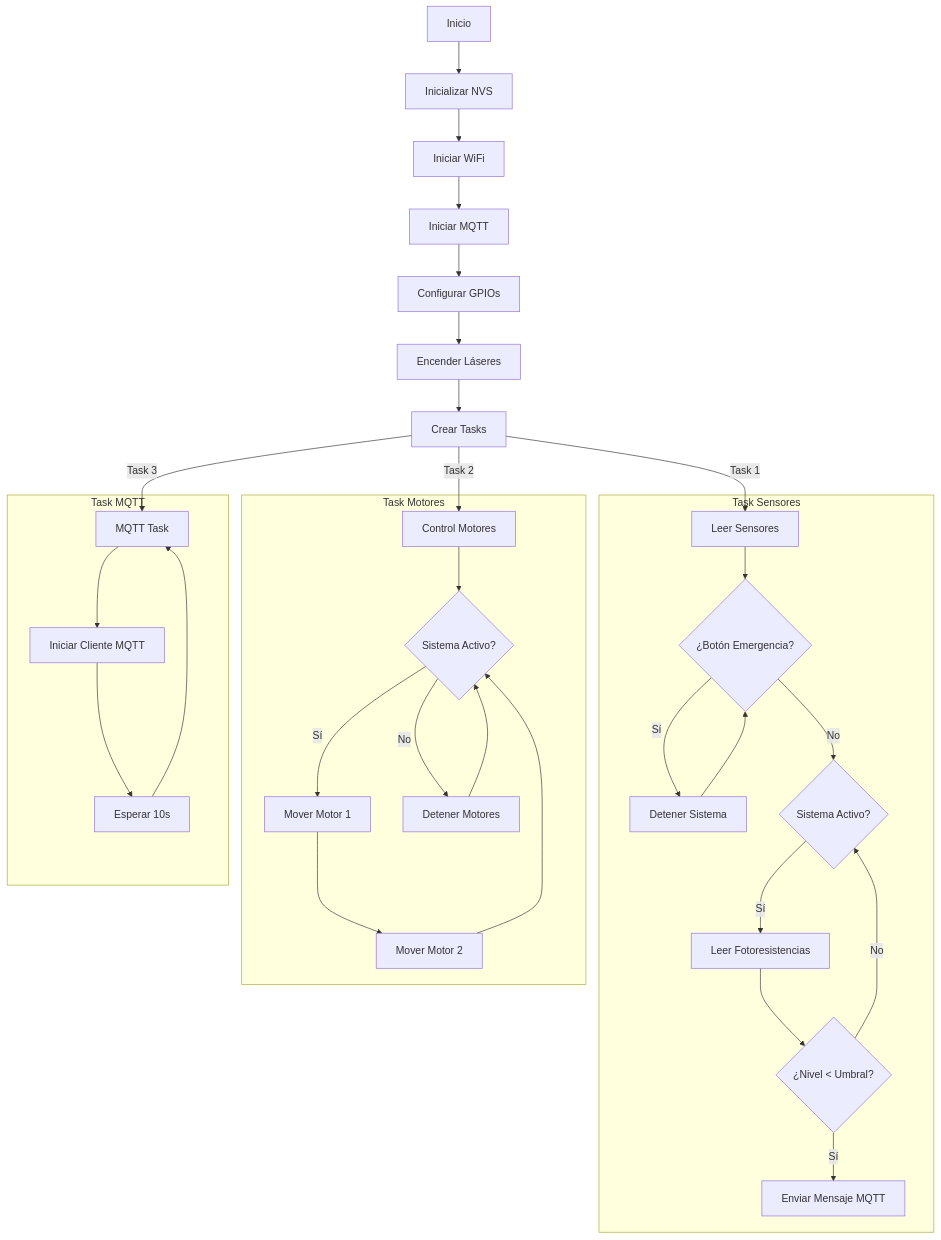
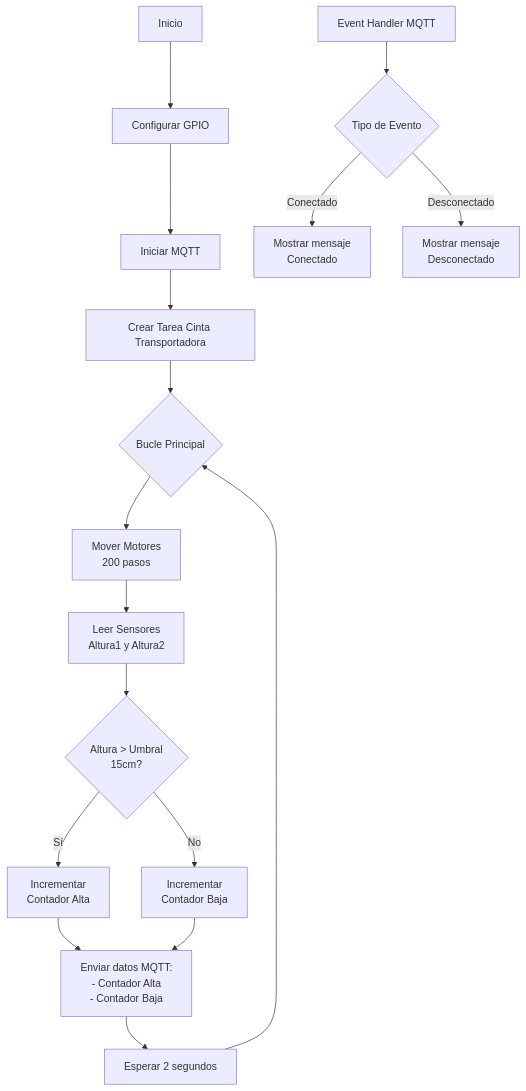
Before and after one commit to Mate0Castro/Cinta-Transportadora: the diagram in INFORME.md/4- DIAGRAMA DE FLUJO.md, drawn with Mermaid.

Commit message:
Update 4- DIAGRAMA DE FLUJO.md

````diff
--- a/INFORME.md/4- DIAGRAMA DE FLUJO.md
+++ b/INFORME.md/4- DIAGRAMA DE FLUJO.md
@@ -2,39 +2,25 @@
 ```mermaid
 flowchart TD
-    A[Inicio] --> B[Inicializar NVS]
-    B --> C[Iniciar WiFi]
-    C --> D[Iniciar MQTT]
-    D --> E[Configurar GPIOs]
-    E --> F[Encender Láseres]
-    F --> G[Crear Tasks]
-
-    G -->|Task 1| H[Leer Sensores]
-    G -->|Task 2| I[Control Motores]
-    G -->|Task 3| J[MQTT Task]
-
-    subgraph "Task Sensores"
-        H --> K{¿Botón Emergencia?}
-        K -->|Sí| L[Detener Sistema]
-        K -->|No| M{Sistema Activo?}
-        M -->|Sí| N[Leer Fotoresistencias]
-        N --> O{¿Nivel < Umbral?}
-        O -->|Sí| P[Enviar Mensaje MQTT]
-        O -->|No| M
-        L --> K
-    end
-
-    subgraph "Task Motores"
-        I --> Q{Sistema Activo?}
-        Q -->|Sí| R[Mover Motor 1]
-        R --> S[Mover Motor 2]
-        S --> Q
-        Q -->|No| T[Detener Motores]
-        T --> Q
-    end
-
-    subgraph "Task MQTT"
-        J --> U[Iniciar Cliente MQTT]
-        U --> V[Esperar 10s]
-        V --> J
-    end
+    A[Inicio] --> B[Configurar GPIO]
+    B --> C[Iniciar MQTT]
+    C --> D[Crear Tarea Cinta Transportadora]
+    D --> E{Bucle Principal}
+    
+    E --> F[Mover Motores\n200 pasos]
+    F --> G[Leer Sensores\nAltura1 y Altura2]
+    
+    G --> H{Altura > Umbral\n15cm?}
+    H -->|Sí| I[Incrementar\nContador Alta]
+    H -->|No| J[Incrementar\nContador Baja]
+    
+    I --> K[Enviar datos MQTT:\n- Contador Alta\n- Contador Baja]
+    J --> K
+    
+    K --> L[Esperar 2 segundos]
+    L --> E
+    
+    %% Subproceso MQTT
+    M[Event Handler MQTT] --> N{Tipo de Evento}
+    N -->|Conectado| O[Mostrar mensaje\nConectado]
+    N -->|Desconectado| P[Mostrar mensaje\nDesconectado]
 ```
````
